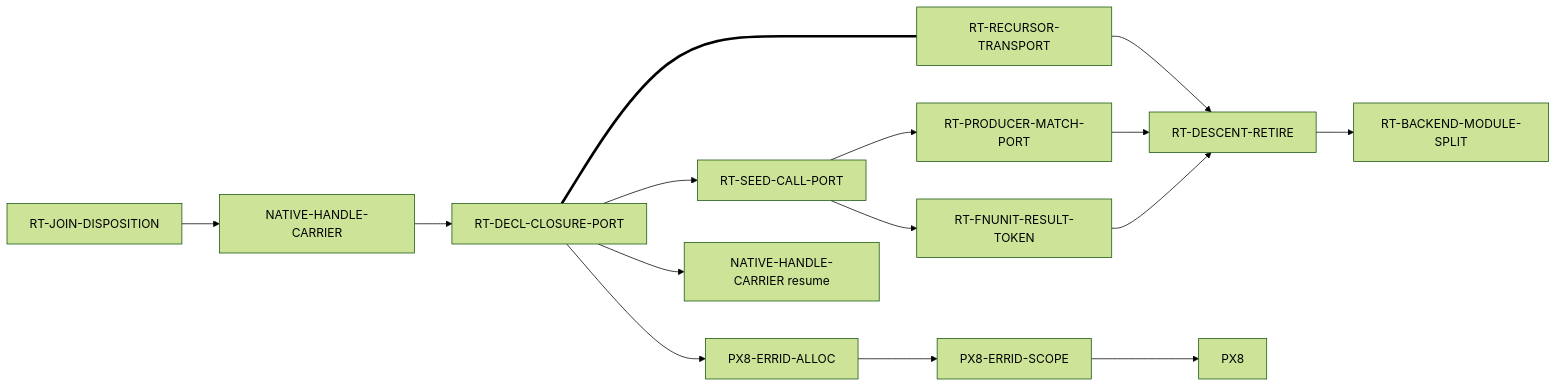
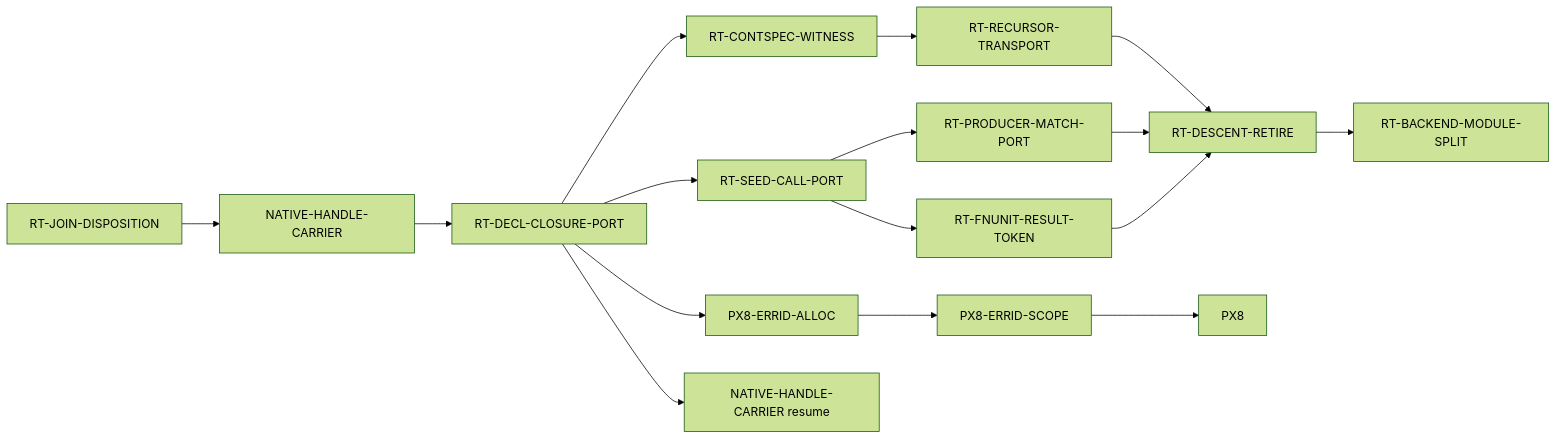
The diagram in docs/program/16-recursive-descent-retirement.md (ken-topos/ken), drawn with Mermaid (forest theme) before and after one commit. The commit also changed other lines of this file and 4 other files, not shown here.

First line of the commit message:
Steward: RT-CONTSPEC-WITNESS merged (M7 flip); RT-RECURSOR-TRANSPORT recut per Architect ruling

````diff
--- a/docs/program/16-recursive-descent-retirement.md
+++ b/docs/program/16-recursive-descent-retirement.md
@@ -336,17 +336,18 @@
 ```mermaid
 graph LR
   JD[RT-JOIN-DISPOSITION] --> NHC[NATIVE-HANDLE-CARRIER]
   NHC --> DCP[RT-DECL-CLOSURE-PORT]
   DCP --> SCP[RT-SEED-CALL-PORT]
   SCP --> PMP[RT-PRODUCER-MATCH-PORT]
-  DCP === RXT[RT-RECURSOR-TRANSPORT]
+  DCP --> WIT[RT-CONTSPEC-WITNESS]
+  WIT --> RXT[RT-RECURSOR-TRANSPORT]
   RXT --> RET[RT-DESCENT-RETIRE]
   PMP --> RET
   SCP --> FNU[RT-FNUNIT-RESULT-TOKEN]
   FNU --> RET
   RET --> SPLIT[RT-BACKEND-MODULE-SPLIT]
   DCP --> ALLOC[PX8-ERRID-ALLOC]
   DCP --> NHC2[NATIVE-HANDLE-CARRIER resume]
   ALLOC --> SCOPE[PX8-ERRID-SCOPE]
   SCOPE --> PX8
 ```
````
